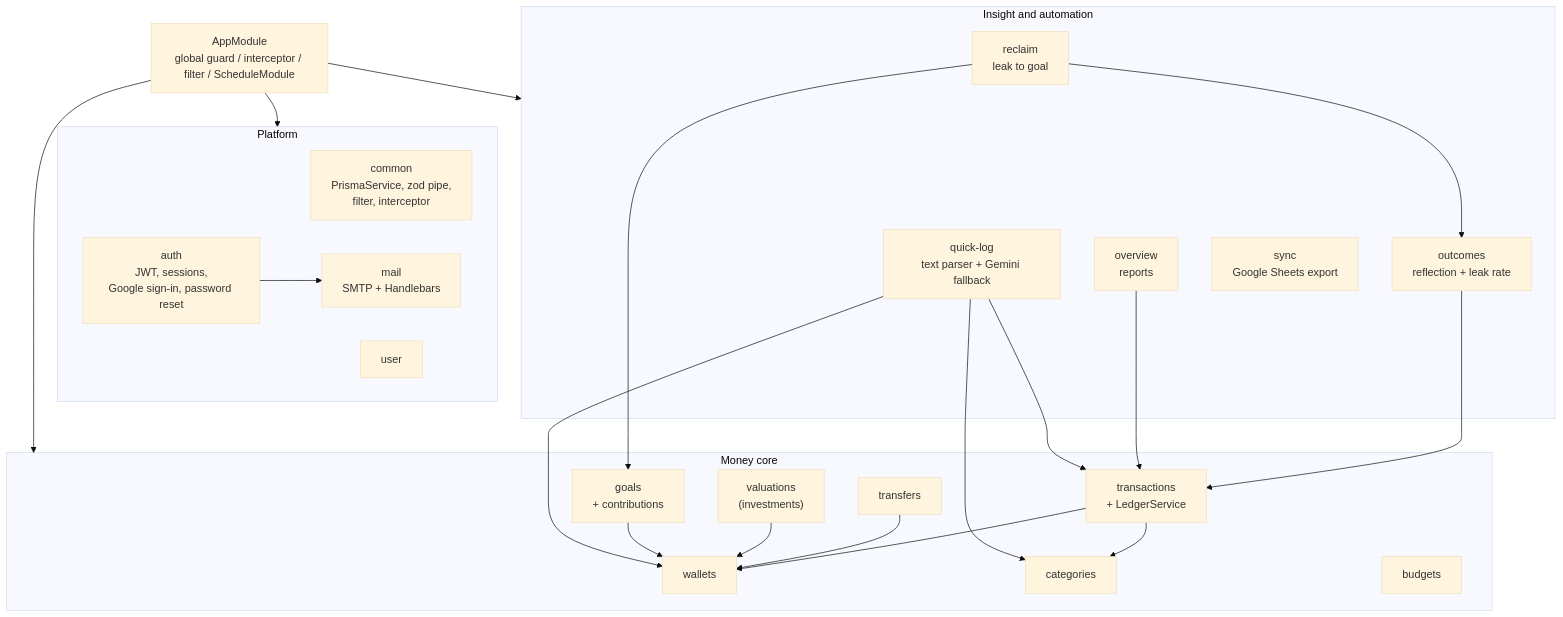
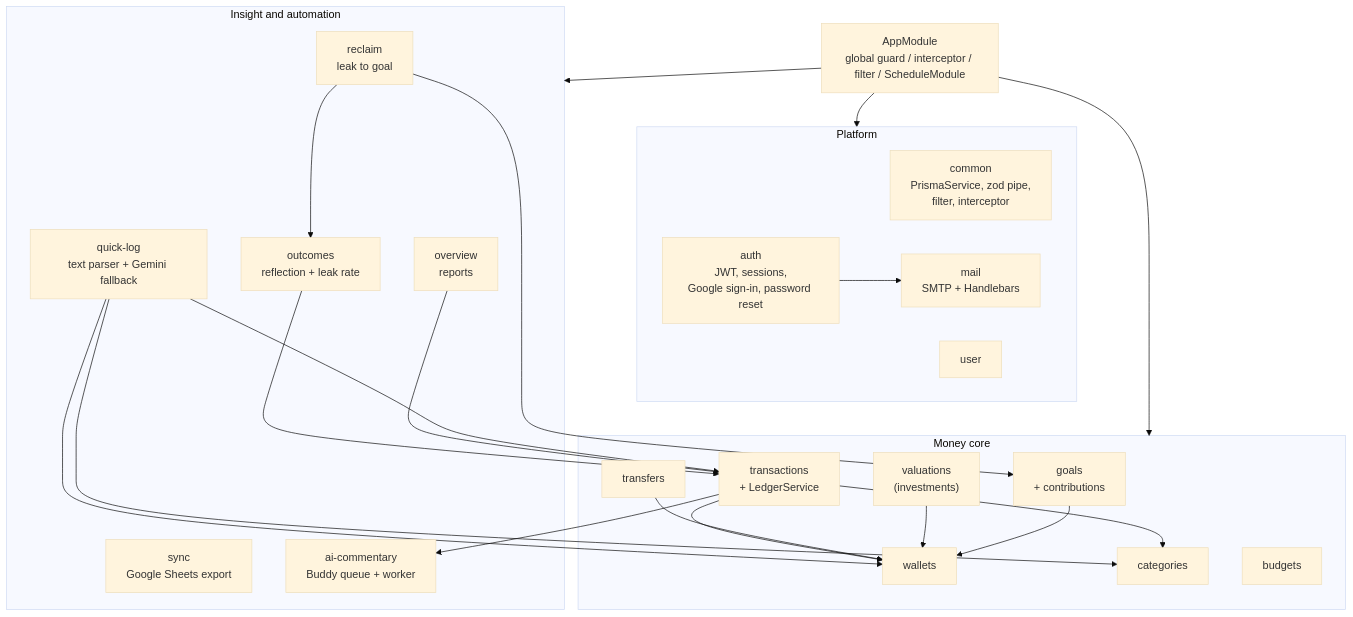
One commit to leak-app/leak-api changed the third of 10 diagrams in README.md. Above: the diagram before and after it, drawn with Mermaid (base theme). The commit also changed other lines of this file and 52 other files, not shown here.

````diff
--- a/README.md
+++ b/README.md
@@ -73,47 +73,49 @@
 ```mermaid
 flowchart TB
     App["AppModule<br/>global guard / interceptor / filter / ScheduleModule"]
 
     subgraph Platform["Platform"]
         Common["common<br/>PrismaService, zod pipe,<br/>filter, interceptor"]
         Auth["auth<br/>JWT, sessions,<br/>Google sign-in, password reset"]
         User["user"]
         Mail["mail<br/>SMTP + Handlebars"]
     end
 
     subgraph Money["Money core"]
         Wallets["wallets"]
         Categories["categories"]
         Transactions["transactions<br/>+ LedgerService"]
         Transfers["transfers"]
         Valuations["valuations<br/>(investments)"]
         Budgets["budgets"]
         Goals["goals<br/>+ contributions"]
     end
 
     subgraph Insight["Insight and automation"]
         Overview["overview<br/>reports"]
         Outcomes["outcomes<br/>reflection + leak rate"]
         Reclaim["reclaim<br/>leak to goal"]
         QuickLog["quick-log<br/>text parser + Gemini fallback"]
         Sync["sync<br/>Google Sheets export"]
+        AiCommentary["ai-commentary<br/>Buddy queue + worker"]
     end
 
     App --> Platform
     App --> Money
     App --> Insight
 
     Transactions --> Wallets
     Transactions --> Categories
     Transfers --> Wallets
     Valuations --> Wallets
     Goals --> Wallets
     Outcomes --> Transactions
     Reclaim --> Outcomes
     Reclaim --> Goals
     Overview --> Transactions
     QuickLog --> Categories
     QuickLog --> Wallets
     QuickLog --> Transactions
+    Transactions --> AiCommentary
     Auth --> Mail
 ```
````
